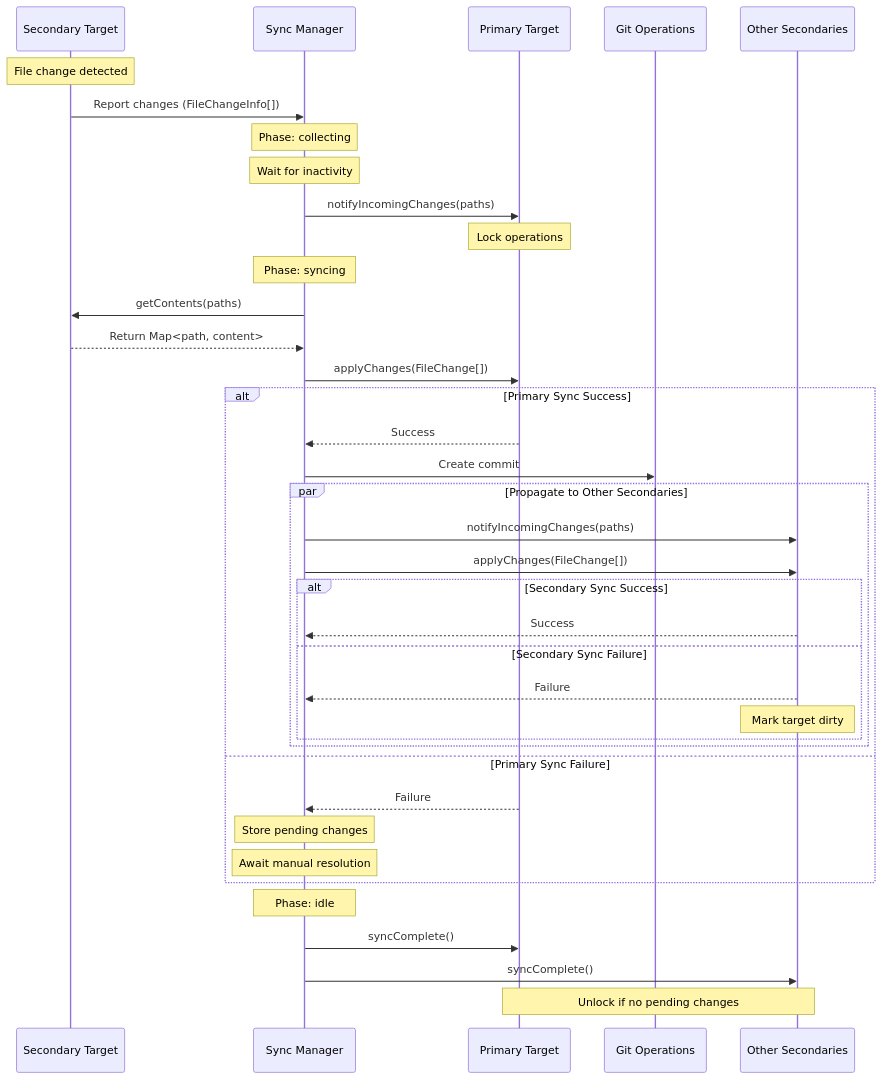
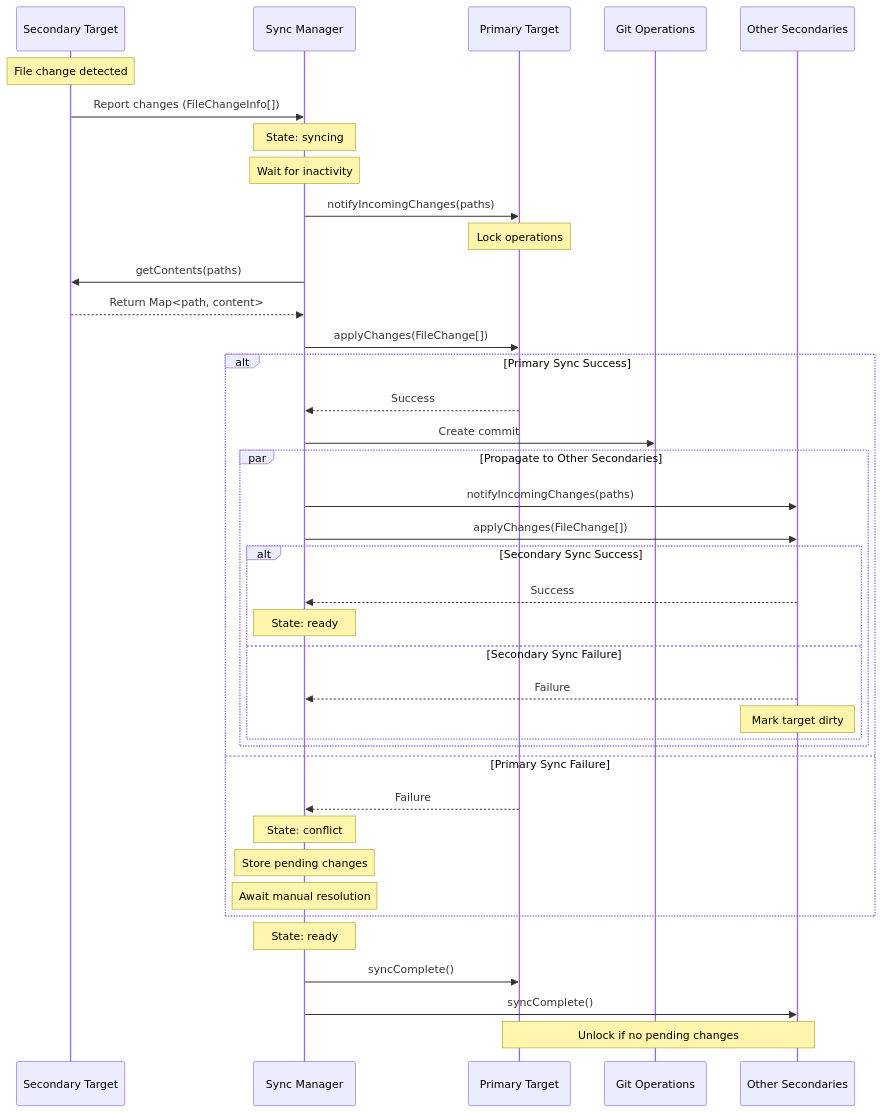
Before and after one commit to mrsimpson/piddie: the tenth of 19 diagrams in packages/files-management/README.md, drawn with Mermaid. The commit also changed other lines of this file and 15 other files, not shown here.

````diff
--- a/packages/files-management/README.md
+++ b/packages/files-management/README.md
@@ -257,50 +257,51 @@
 ```mermaid
 sequenceDiagram
     participant S as Secondary Target
     participant SM as Sync Manager
     participant P as Primary Target
     participant Git as Git Operations
     participant O as Other Secondaries
 
     Note over S: File change detected
     S->>SM: Report changes (FileChangeInfo[])
 
-    Note over SM: Phase: collecting
+    Note over SM: State: syncing
     Note over SM: Wait for inactivity
 
     SM->>P: notifyIncomingChanges(paths)
     Note over P: Lock operations
 
-    Note over SM: Phase: syncing
     SM->>S: getContents(paths)
     S-->>SM: Return Map<path, content>
 
     SM->>P: applyChanges(FileChange[])
 
     alt Primary Sync Success
         P-->>SM: Success
         SM->>Git: Create commit
 
         par Propagate to Other Secondaries
             SM->>O: notifyIncomingChanges(paths)
             SM->>O: applyChanges(FileChange[])
 
             alt Secondary Sync Success
                 O-->>SM: Success
+                Note over SM: State: ready
             else Secondary Sync Failure
                 O-->>SM: Failure
                 Note over O: Mark target dirty
             end
         end
 
     else Primary Sync Failure
         P-->>SM: Failure
+        Note over SM: State: conflict
         Note over SM: Store pending changes
         Note over SM: Await manual resolution
     end
 
-    Note over SM: Phase: idle
+    Note over SM: State: ready
     SM->>P: syncComplete()
     SM->>O: syncComplete()
     Note over P,O: Unlock if no pending changes
 ```
````
